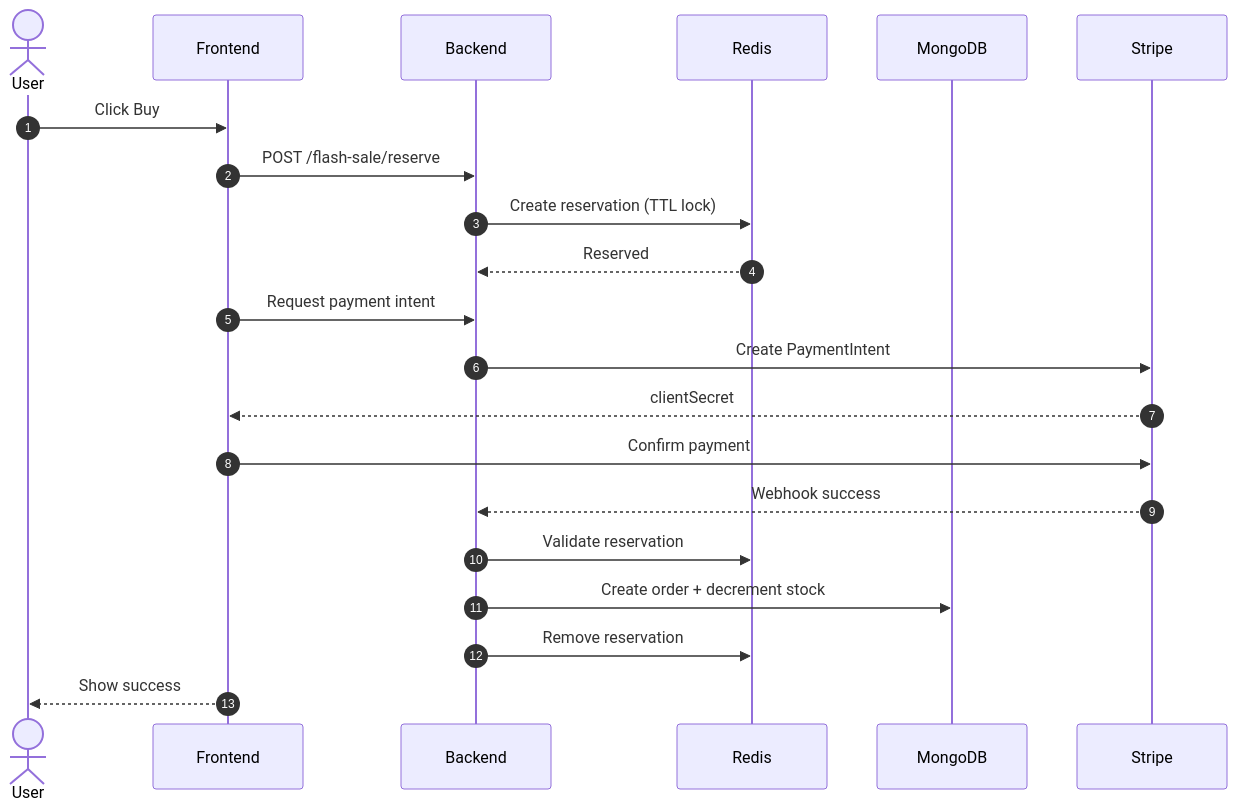
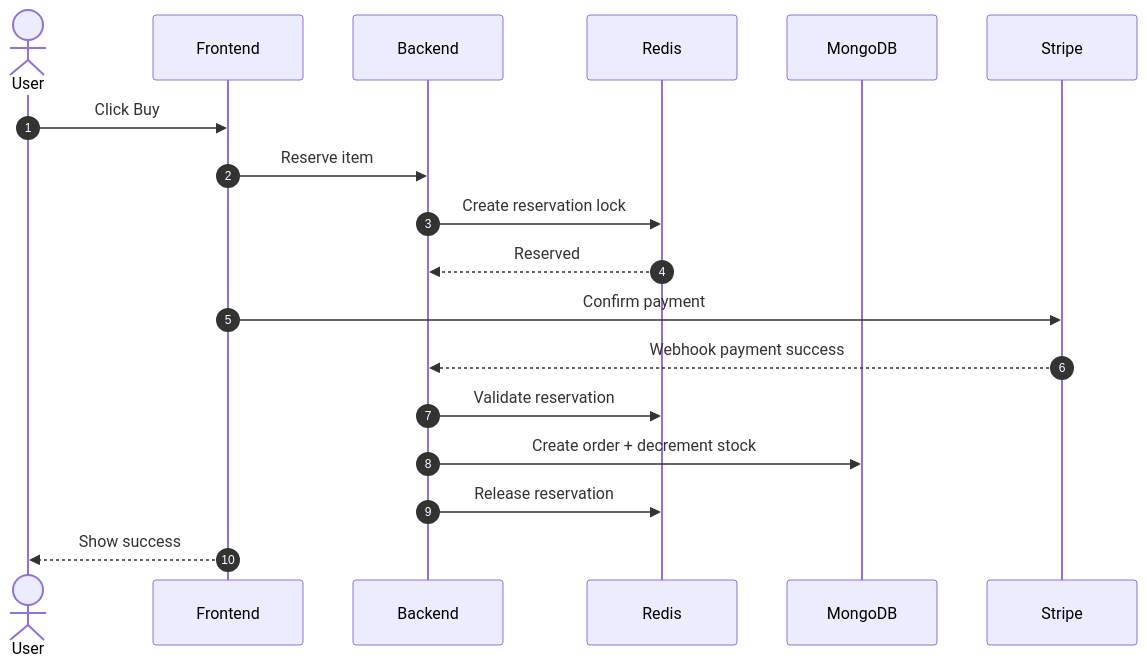
Before and after one commit to irrevaldy/flash-sale-system: the second of 2 diagrams in README.md, drawn with Mermaid. The commit also changed other lines of this file and 1 other file, not shown here.

````diff
--- a/README.md
+++ b/README.md
@@ -37,26 +37,23 @@
 ```mermaid
 sequenceDiagram
   autonumber
   actor U as User
   participant FE as Frontend
   participant BE as Backend
   participant R as Redis
   participant M as MongoDB
   participant S as Stripe
 
   U->>FE: Click Buy
-  FE->>BE: POST /flash-sale/reserve
-  BE->>R: Create reservation (TTL lock)
+  FE->>BE: Reserve item
+  BE->>R: Create reservation lock
   R-->>BE: Reserved
 
-  FE->>BE: Request payment intent
-  BE->>S: Create PaymentIntent
-  S-->>FE: clientSecret
   FE->>S: Confirm payment
+  S-->>BE: Webhook payment success
 
-  S-->>BE: Webhook success
   BE->>R: Validate reservation
   BE->>M: Create order + decrement stock
-  BE->>R: Remove reservation
+  BE->>R: Release reservation
   FE-->>U: Show success
 ```
````
